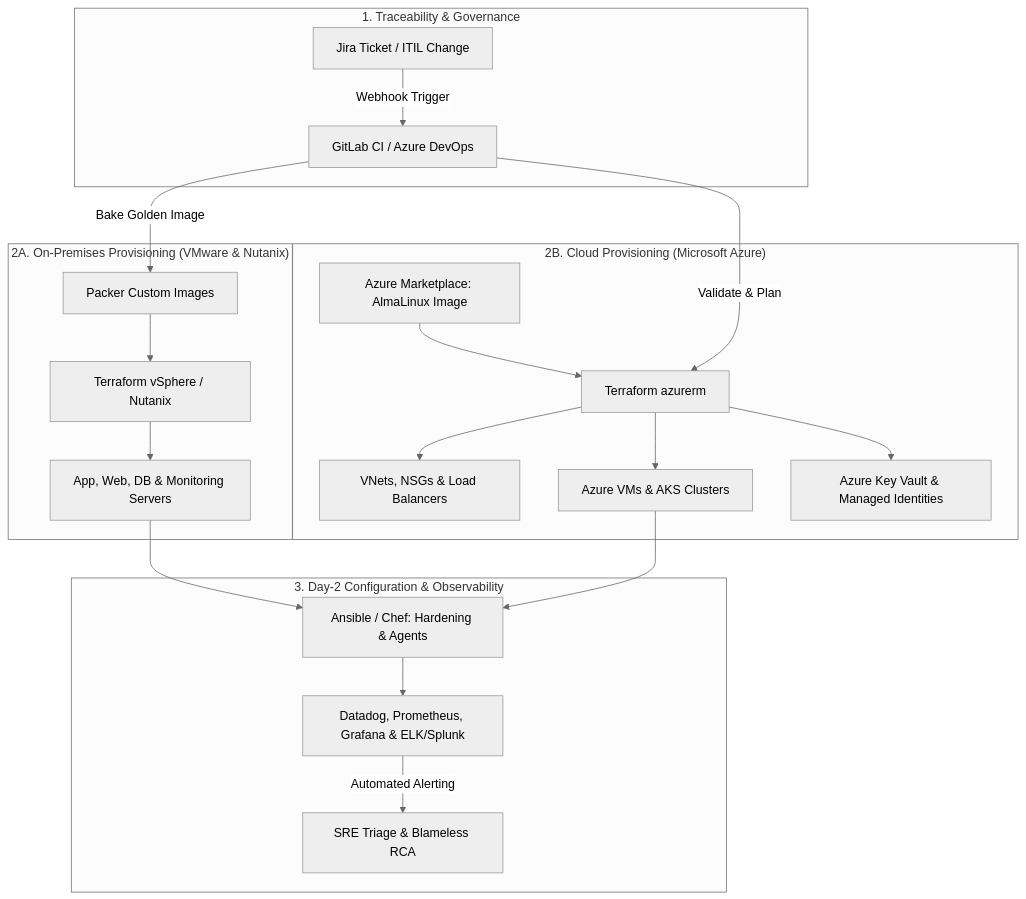
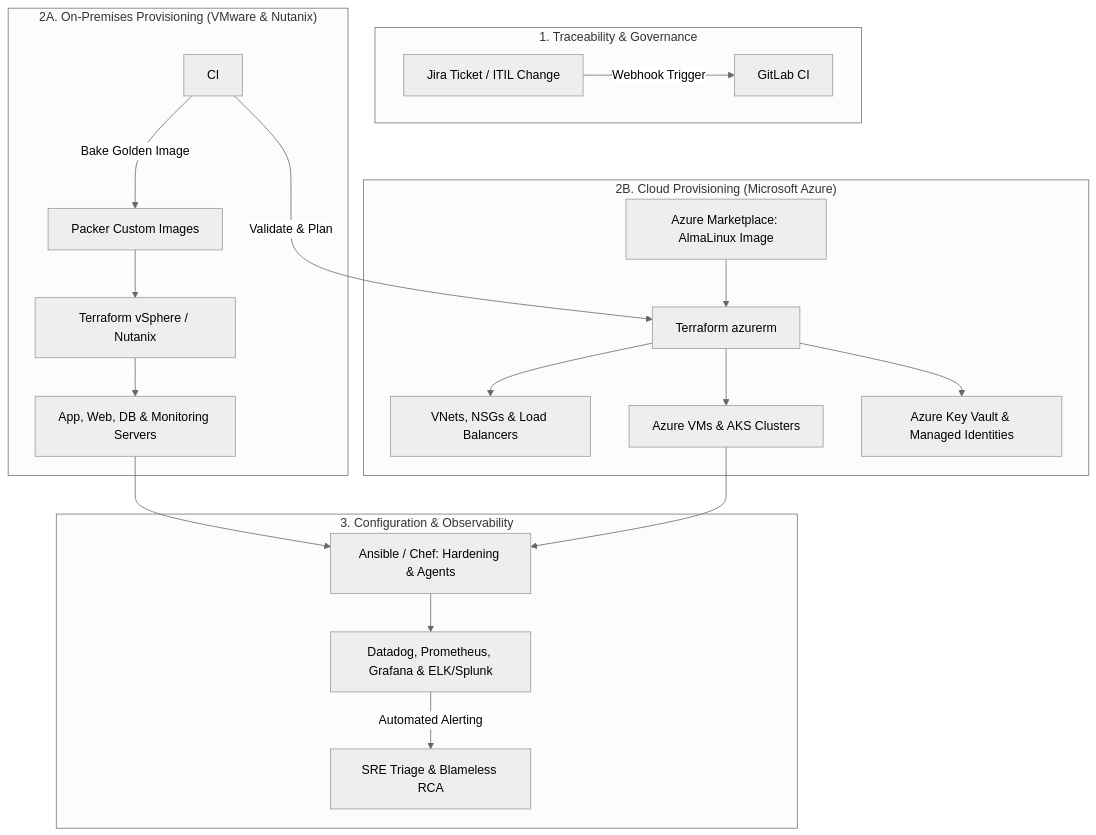
Before and after one commit to ejpinangog/ejpinangog.github.io: the first of 8 diagrams in docs/index.md, drawn with Mermaid (neutral theme). The commit also changed other lines of this file, not shown here.

````diff
--- a/docs/index.md
+++ b/docs/index.md
@@ -50,26 +26,26 @@
 ```mermaid
 flowchart TD
     subgraph Gov ["1. Traceability & Governance"]
-        Jira[Jira Ticket / ITIL Change] -->|Webhook Trigger| CI[GitLab CI / Azure DevOps]
+        Jira[Jira Ticket / ITIL Change] -->|Webhook Trigger| CI/CD[GitLab CI]
     end
 
     subgraph OnPrem ["2A. On-Premises Provisioning (VMware & Nutanix)"]
         CI -->|Bake Golden Image| PK[Packer Custom Images]
         PK --> TF1[Terraform vSphere / Nutanix]
         TF1 --> OnPremNodes[App, Web, DB & Monitoring Servers]
     end
 
     subgraph Cloud ["2B. Cloud Provisioning (Microsoft Azure)"]
         MKT[Azure Marketplace: AlmaLinux Image] --> TF2[Terraform azurerm]
         CI -->|Validate & Plan| TF2
         TF2 --> Net[VNets, NSGs & Load Balancers]
         TF2 --> AzNodes[Azure VMs & AKS Clusters]
         TF2 --> Sec[Azure Key Vault & Managed Identities]
     end
 
-    subgraph Day2 ["3. Day-2 Configuration & Observability"]
+    subgraph Configuration management ["3. Configuration & Observability"]
         OnPremNodes & AzNodes --> CM[Ansible / Chef: Hardening & Agents]
         CM --> Obs[Datadog, Prometheus, Grafana & ELK/Splunk]
         Obs -->|Automated Alerting| RCA[SRE Triage & Blameless RCA]
     end
 ```
````
